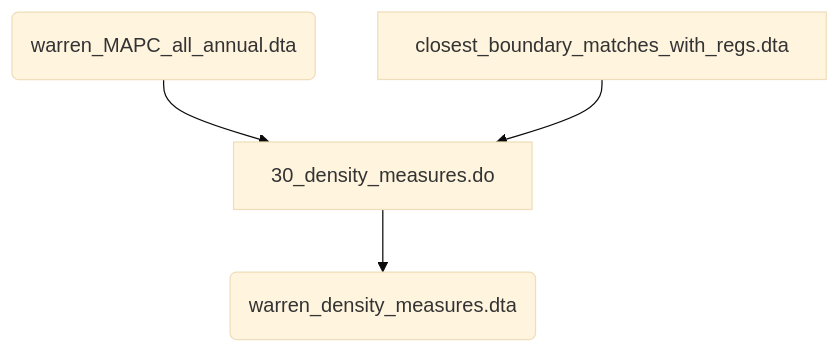
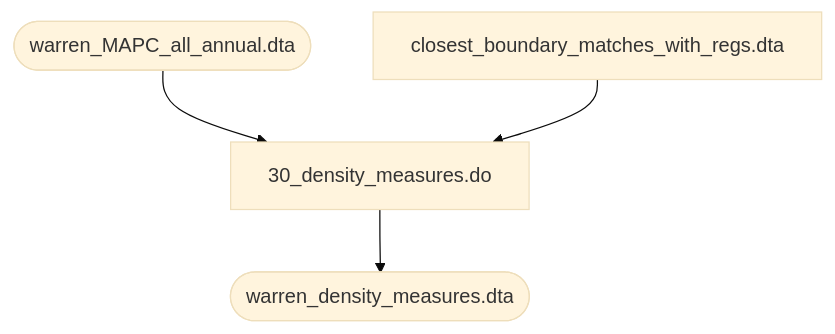
Before and after one commit to nchiumenti/boston_zoning: the fourth of 6 diagrams in code/data_setup/README.md, drawn with Mermaid (base theme). The commit also changed other lines of this file, not shown here.

````diff
--- a/code/data_setup/README.md
+++ b/code/data_setup/README.md
@@ -96,11 +96,11 @@
 ```mermaid
 flowchart TD
-    A(warren_MAPC_all_annual.dta)
+    A([warren_MAPC_all_annual.dta])
     B[closest_boundary_matches_with_regs.dta];
     C[30_density_measures.do]
-    D(warren_density_measures.dta)
+    D([warren_density_measures.dta])
 
 A --> C
 B --> C
 C-->D
 ```
````
